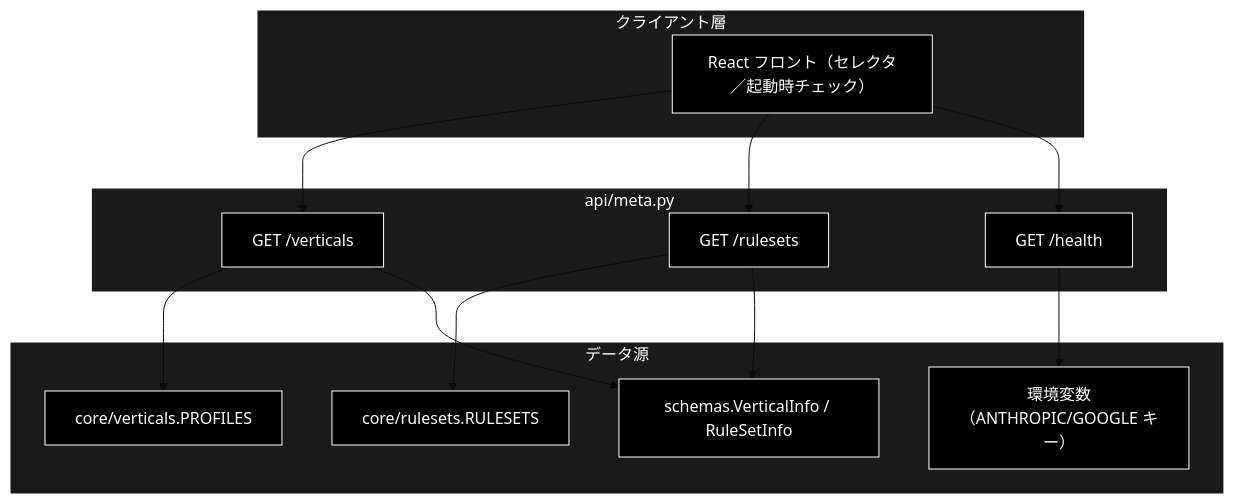
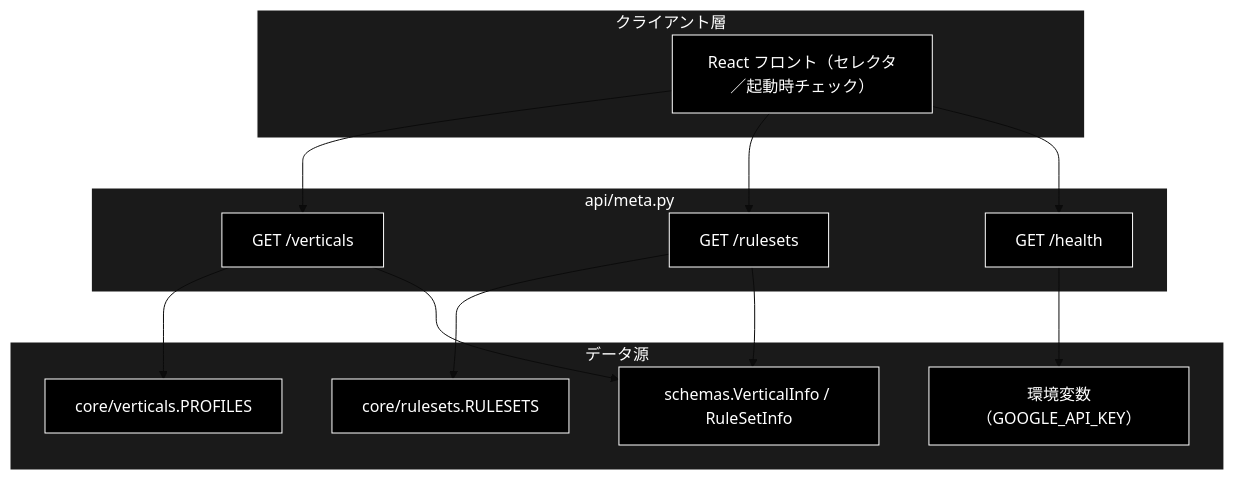
One commit to nakashima2toshio/grace_v2_local changed the first of 3 diagrams in backend/docs/api_meta.md. Above: the diagram before and after it, drawn with Mermaid (base theme). The commit also changed other lines of this file and 7 other files, not shown here.

````diff
--- a/backend/docs/api_meta.md
+++ b/backend/docs/api_meta.md
@@ -71,34 +71,34 @@
 ```mermaid
 flowchart TB
     subgraph CLIENT["クライアント層"]
         FE["React フロント（セレクタ／起動時チェック）"]
     end
 
     subgraph MODULE["api/meta.py"]
         V["GET /verticals"]
         R["GET /rulesets"]
         H["GET /health"]
     end
 
     subgraph SOURCE["データ源"]
         PROF["core/verticals.PROFILES"]
         RULES["core/rulesets.RULESETS"]
-        ENV["環境変数（ANTHROPIC/GOOGLE キー）"]
+        ENV["環境変数（GOOGLE_API_KEY）"]
         SCH["schemas.VerticalInfo / RuleSetInfo"]
     end
 
     FE --> V
     FE --> R
     FE --> H
     V --> PROF
     V --> SCH
     R --> RULES
     R --> SCH
     H --> ENV
 classDef default fill:#000,stroke:#fff,color:#fff
 classDef subgraphStyle fill:#1a1a1a,stroke:#fff,color:#fff
 class FE,V,R,H,PROF,RULES,ENV,SCH default
 style CLIENT fill:#1a1a1a,stroke:#fff,color:#fff
 style MODULE fill:#1a1a1a,stroke:#fff,color:#fff
 style SOURCE fill:#1a1a1a,stroke:#fff,color:#fff
 ```
````
